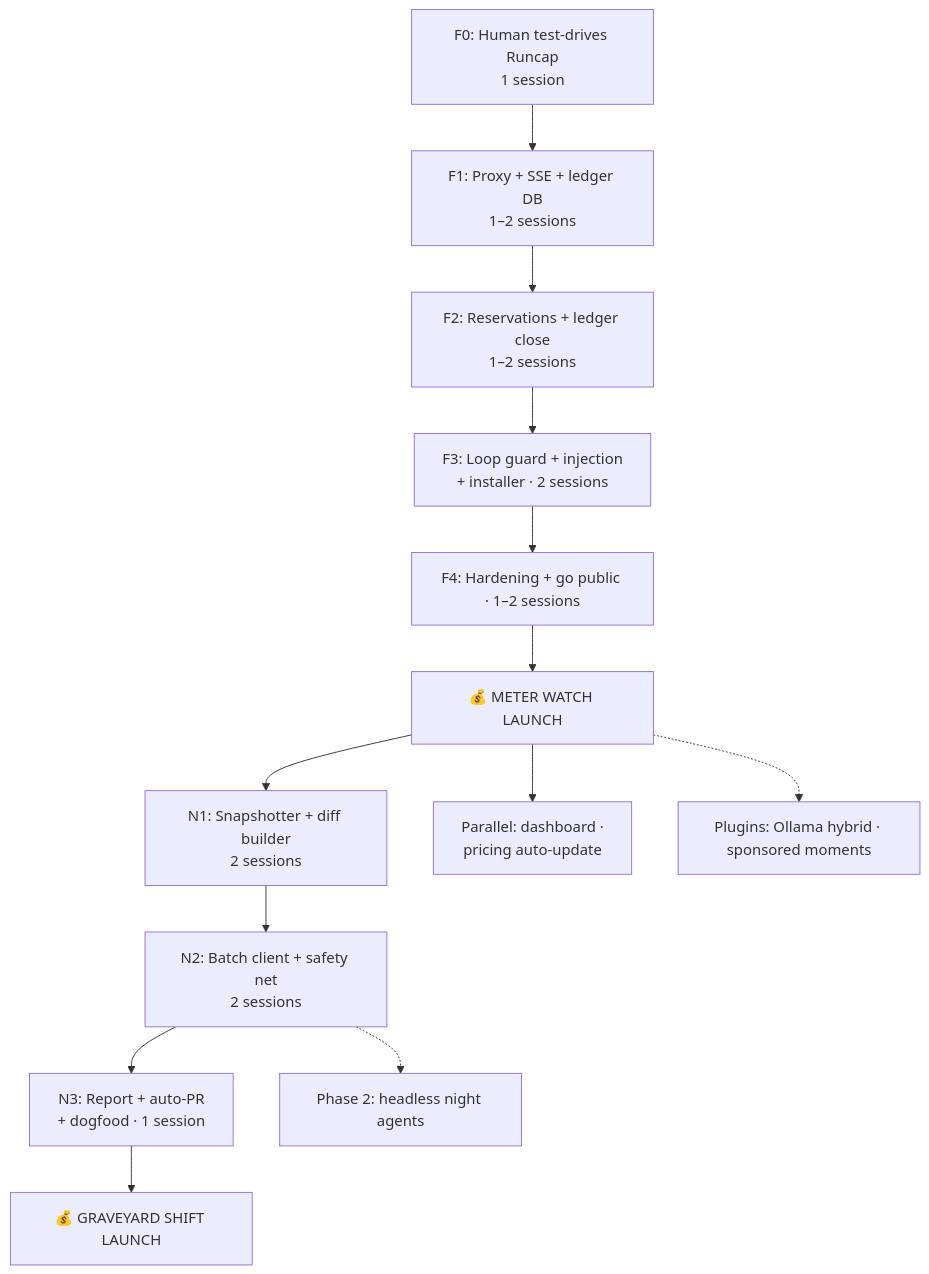
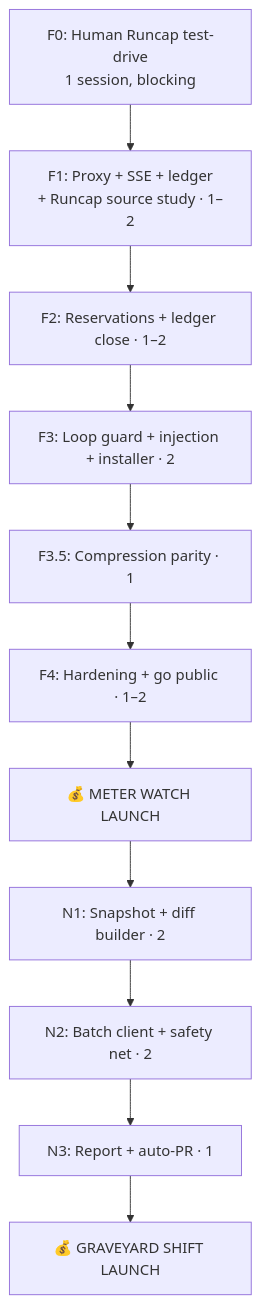
One commit to prudence-cli/prudence changed the fourth of 4 diagrams in implementation-plans-prudence.md. Above: the diagram before and after it, drawn with Mermaid. The commit also changed other lines of this file and 1 other file, not shown here.

Commit message:
docs: Runcap deep-dive, compression parity, F0 gate

````diff
--- a/implementation-plans-prudence.md
+++ b/implementation-plans-prudence.md
@@ -477,15 +475,13 @@
 ```mermaid
 flowchart TB
-    F0[F0: Human test-drives Runcap<br/>1 session] --> F1[F1: Proxy + SSE + ledger DB<br/>1–2 sessions]
-    F1 --> F2[F2: Reservations + ledger close<br/>1–2 sessions]
-    F2 --> F3[F3: Loop guard + injection<br/>+ installer · 2 sessions]
-    F3 --> F4[F4: Hardening + go public · 1–2 sessions]
+    F0[F0: Human Runcap test-drive<br/>1 session, blocking] --> F1[F1: Proxy + SSE + ledger<br/>+ Runcap source study · 1–2]
+    F1 --> F2[F2: Reservations + ledger close · 1–2]
+    F2 --> F3[F3: Loop guard + injection + installer · 2]
+    F3 --> F35[F3.5: Compression parity · 1]
+    F35 --> F4[F4: Hardening + go public · 1–2]
     F4 --> F5[💰 METER WATCH LAUNCH]
-    F5 --> N1[N1: Snapshotter + diff builder<br/>2 sessions]
-    N1 --> N2[N2: Batch client + safety net<br/>2 sessions]
-    N2 --> N3[N3: Report + auto-PR<br/>+ dogfood · 1 session]
+    F5 --> N1[N1: Snapshot + diff builder · 2]
+    N1 --> N2[N2: Batch client + safety net · 2]
+    N2 --> N3[N3: Report + auto-PR · 1]
     N3 --> N4[💰 GRAVEYARD SHIFT LAUNCH]
-    F5 --> OPT[Parallel: dashboard ·<br/>pricing auto-update]
-    N2 -.-> P2[Phase 2: headless night agents]
-    F5 -.-> P3[Plugins: Ollama hybrid · sponsored moments]
 ```
````
